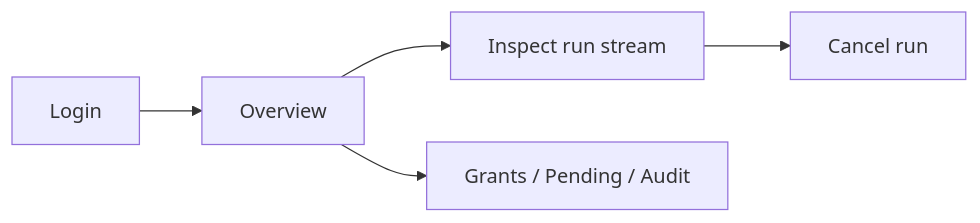
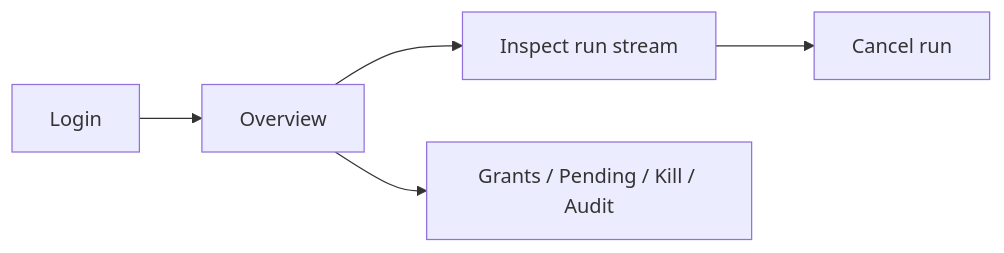
Before and after one commit to getrunkite/runkite: the diagram in docs/admin.md, drawn with Mermaid. The commit also changed other lines of this file and 10 other files, not shown here.

````diff
--- a/docs/admin.md
+++ b/docs/admin.md
@@ -73,7 +74,7 @@
 ```mermaid
 flowchart LR
   A[Login] --> B[Overview]
   B --> C[Inspect run stream]
   C --> D[Cancel run]
-  B --> E[Grants / Pending / Audit]
+  B --> E[Grants / Pending / Kill / Audit]
 ```
````
